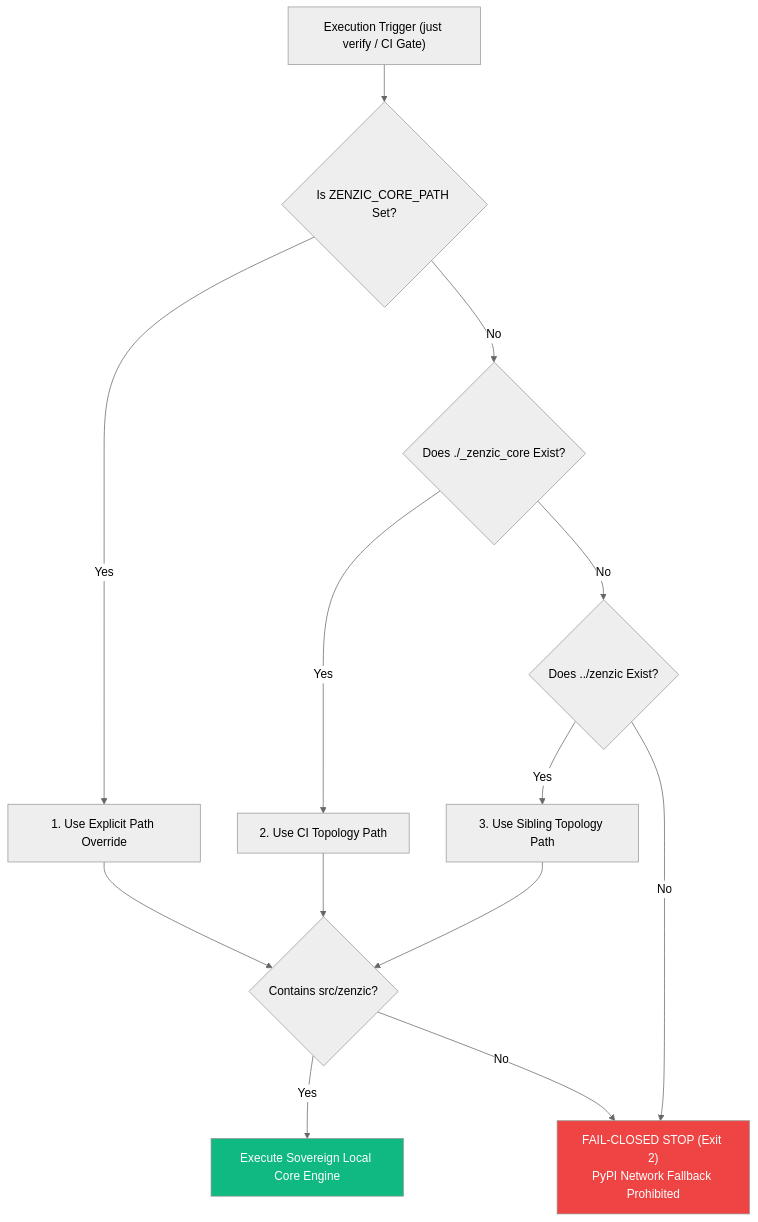
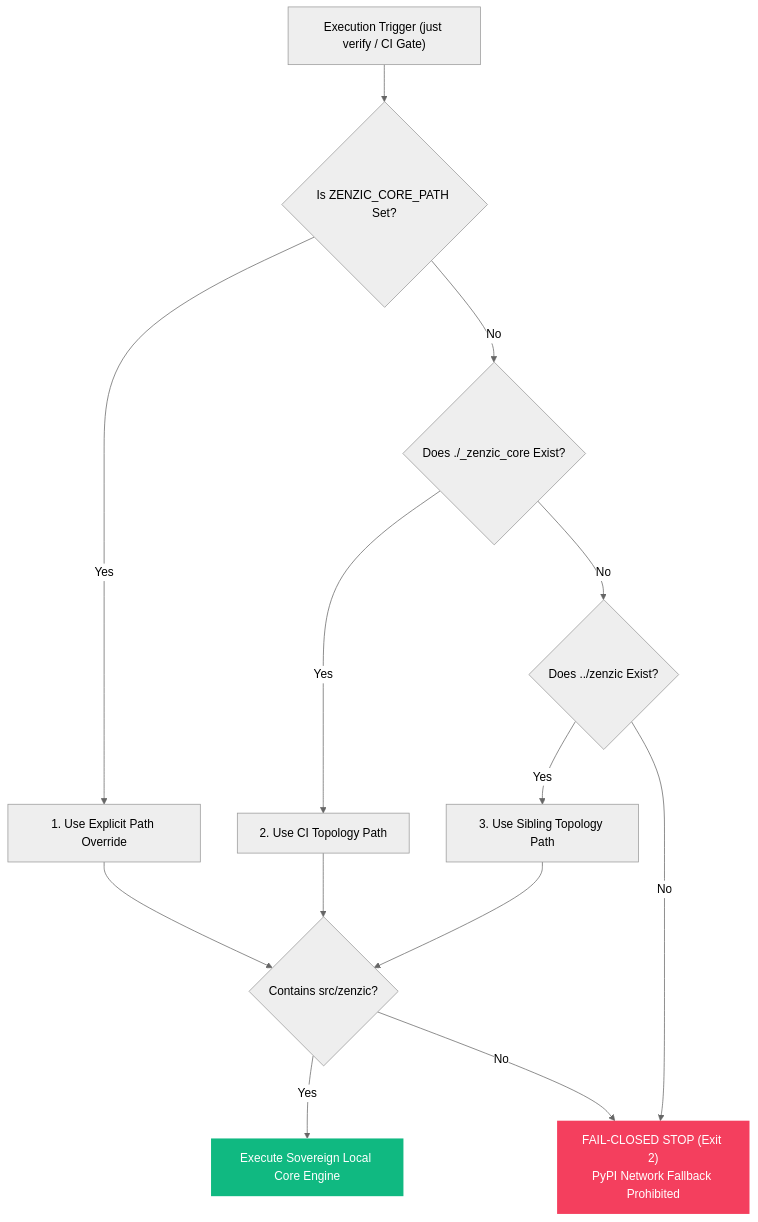
The diagram in docs/developers/explanation/sovereign-verification-model.md (PythonWoods-Dev/zenzic), drawn with Mermaid (neutral theme) before and after one commit. The commit also changed 11 other files, not shown here.

````diff
--- a/docs/developers/explanation/sovereign-verification-model.md
+++ b/docs/developers/explanation/sovereign-verification-model.md
@@ -20,17 +20,22 @@
 ```mermaid
 flowchart TD
     A["Execution Trigger (just verify / CI Gate)"] --> B{"Is ZENZIC_CORE_PATH Set?"}
     B -->|Yes| C["1. Use Explicit Path Override"]
     B -->|No| D{"Does ./_zenzic_core Exist?"}
     D -->|Yes| E["2. Use CI Topology Path"]
     D -->|No| F{"Does ../zenzic Exist?"}
     F -->|Yes| G["3. Use Sibling Topology Path"]
     F -->|No| H["FAIL-CLOSED STOP (Exit 2)\nPyPI Network Fallback Prohibited"]
 
     C & E & G --> I{"Contains src/zenzic?"}
     I -->|Yes| J["Execute Sovereign Local Core Engine"]
     I -->|No| H
 
-    style H fill:#ef4444,color:#fff
-    style J fill:#10b981,color:#fff
+    classDef entry fill:#4f46e5,color:#fff,stroke-width:0px
+    classDef data fill:#38bdf8,color:#fff,stroke-width:0px
+    classDef ok fill:#10b981,color:#fff,stroke-width:0px
+    classDef gate fill:#f59e0b,color:#fff,stroke-width:0px
+    classDef danger fill:#f43f5e,color:#fff,stroke-width:0px
+    class J ok
+    class H danger
 ```
````
